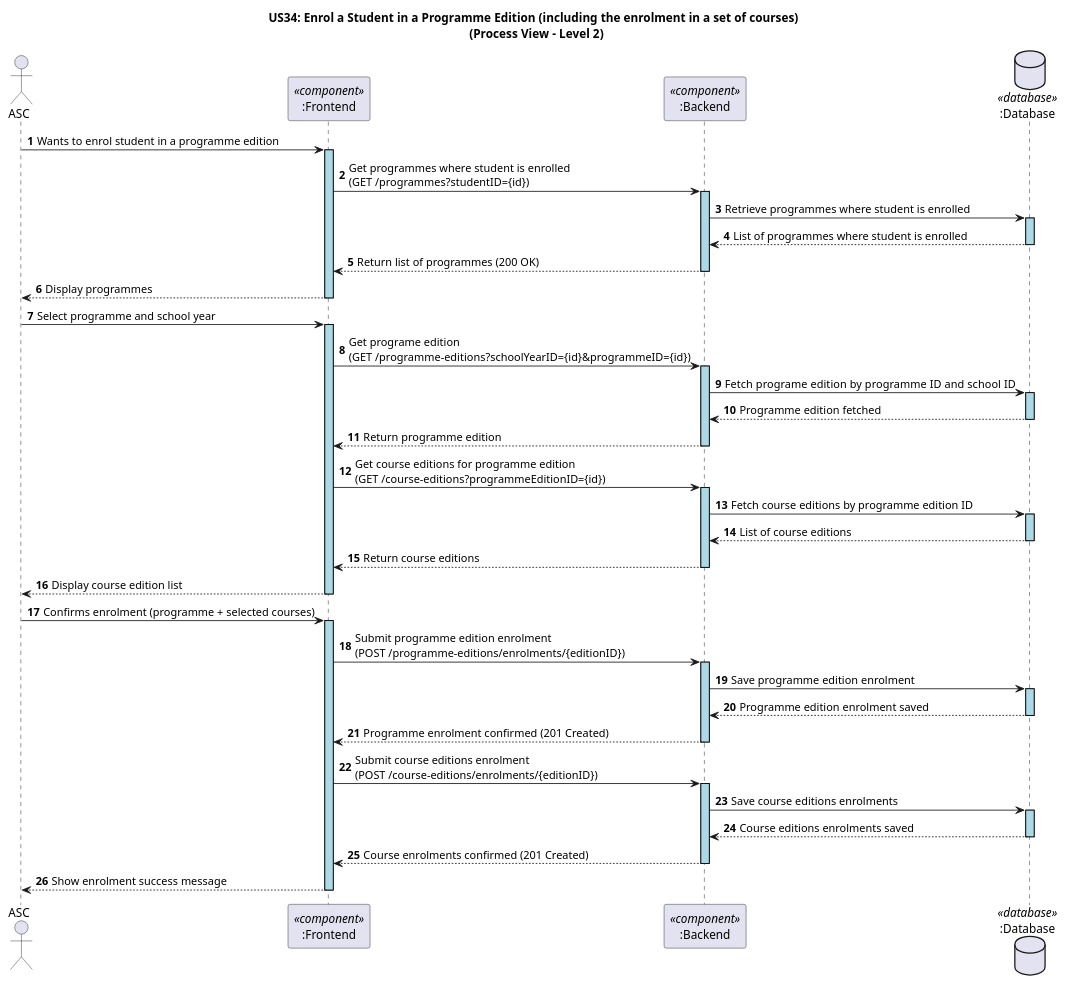
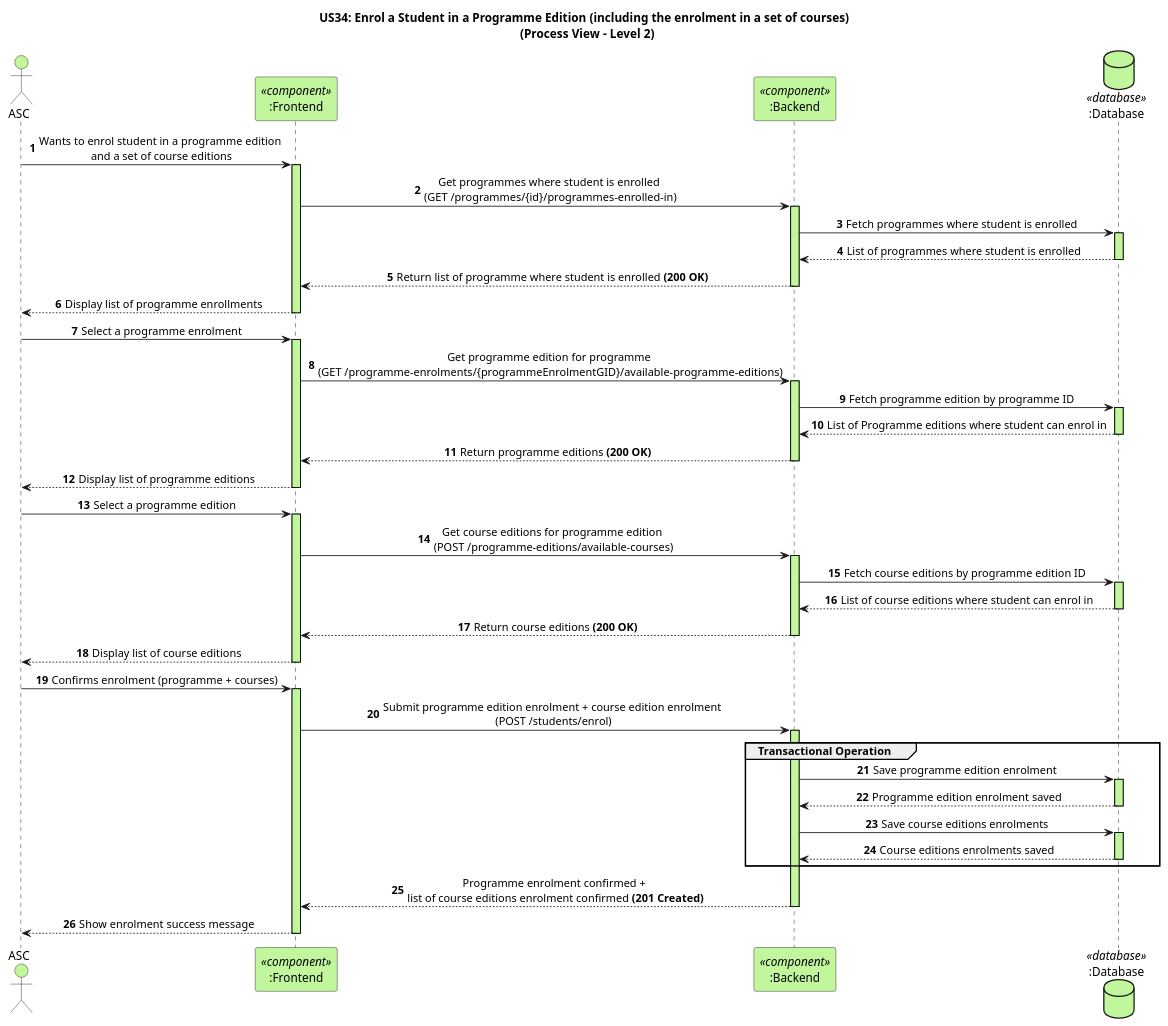
One commit to GasparISEP/DevOps-PAI changed the diagram in docs/US34/Sprint7/ProcessView/Level2.puml. Above: the diagram before and after it, drawn with PlantUML.

Commit message:
doc: Updated the Process View - Level 2 regarding US34. ref #646

```diff
--- a/docs/US34/Sprint7/ProcessView/Level2.puml
+++ b/docs/US34/Sprint7/ProcessView/Level2.puml
@@ -1,54 +1,58 @@
 @startuml
 
 ' US34 - Enrol a Student in a Programme Edition (including the enrolment in a set of courses)
 ' Process View - Level 2 (Frontend, Backend, DB)
 
 autonumber
 
 skinparam sequence {
    LifelineBorderColor black
-   LifelineBackgroundColor LightBlue
+   LifelineBackgroundColor c2f69d
 }
+
+skinparam DefaultTextAlignment center
 
 title US34: Enrol a Student in a Programme Edition (including the enrolment in a set of courses) \n (Process View - Level 2)
 
-actor ASC
-participant ":Frontend" as FE <<component>>
-participant ":Backend" as BE <<component>>
-database ":Database" as DB <<database>>
+actor ASC #c2f69d
+participant ":Frontend" as FE <<component>> #c2f69d
+participant ":Backend" as BE <<component>> #c2f69d
+database ":Database" as DB <<database>> #c2f69d
 
 ' Fase 1 – Consulta
-ASC -> FE ++: Wants to enrol student in a programme edition
-FE -> BE ++: Get programmes where student is enrolled \n(GET /programmes?studentID={id})
-BE -> DB ++: Retrieve programmes where student is enrolled
+ASC -> FE ++: Wants to enrol student in a programme edition \nand a set of course editions
+FE -> BE ++: Get programmes where student is enrolled \n(GET /programmes/{id}/programmes-enrolled-in)
+BE -> DB ++: Fetch programmes where student is enrolled
 DB --> BE --: List of programmes where student is enrolled
-BE --> FE --: Return list of programmes (200 OK)
-FE --> ASC --: Display programmes
+BE --> FE --: Return list of programme where student is enrolled **(200 OK)**
+FE --> ASC --: Display list of programme enrollments
 
-ASC -> FE ++: Select programme and school year
-FE -> BE ++: Get programe edition \n(GET /programme-editions?schoolYearID={id}&programmeID={id})
-BE -> DB ++: Fetch programe edition by programme ID and school  ID
-DB --> BE --: Programme edition fetched
-BE --> FE --: Return programme edition
-FE -> BE ++: Get course editions for programme edition \n(GET /course-editions?programmeEditionID={id})
+ASC -> FE ++: Select a programme enrolment
+FE -> BE ++: Get programme edition for programme \n(GET /programme-enrolments/{programmeEnrolmentGID}/available-programme-editions)
+BE -> DB ++: Fetch programme edition by programme ID
+DB --> BE --: List of Programme editions where student can enrol in
+BE --> FE --: Return programme editions **(200 OK)**
+FE --> ASC--: Display list of programme editions
+
+ASC -> FE++: Select a programme edition
+FE -> BE ++: Get course editions for programme edition \n(POST /programme-editions/available-courses)
 BE -> DB ++: Fetch course editions by programme edition ID
-DB --> BE --: List of course editions
-BE --> FE --: Return course editions
-FE --> ASC --: Display course edition list
+DB --> BE --: List of course editions where student can enrol in
+BE --> FE --: Return course editions **(200 OK)**
+FE --> ASC --: Display list of course editions
 
 'Fase 2 – Inscrição
-ASC -> FE ++: Confirms enrolment (programme + selected courses)
+ASC -> FE ++: Confirms enrolment (programme + courses)
+FE -> BE ++: Submit programme edition enrolment + course edition enrolment \n(POST /students/enrol)
 
-FE -> BE ++: Submit programme edition enrolment \n(POST /programme-editions/enrolments/{editionID})
+group Transactional Operation
 BE -> DB ++: Save programme edition enrolment
 DB --> BE --: Programme edition enrolment saved
-BE --> FE --: Programme enrolment confirmed (201 Created)
-
-FE -> BE ++: Submit course editions enrolment \n(POST /course-editions/enrolments/{editionID})
 BE -> DB ++: Save course editions enrolments
 DB --> BE --: Course editions enrolments saved
+end group
 
-BE --> FE --: Course enrolments confirmed (201 Created)
+BE --> FE --: Programme enrolment confirmed + \nlist of course editions enrolment confirmed **(201 Created)**
 FE --> ASC --: Show enrolment success message
 
 @enduml
```
